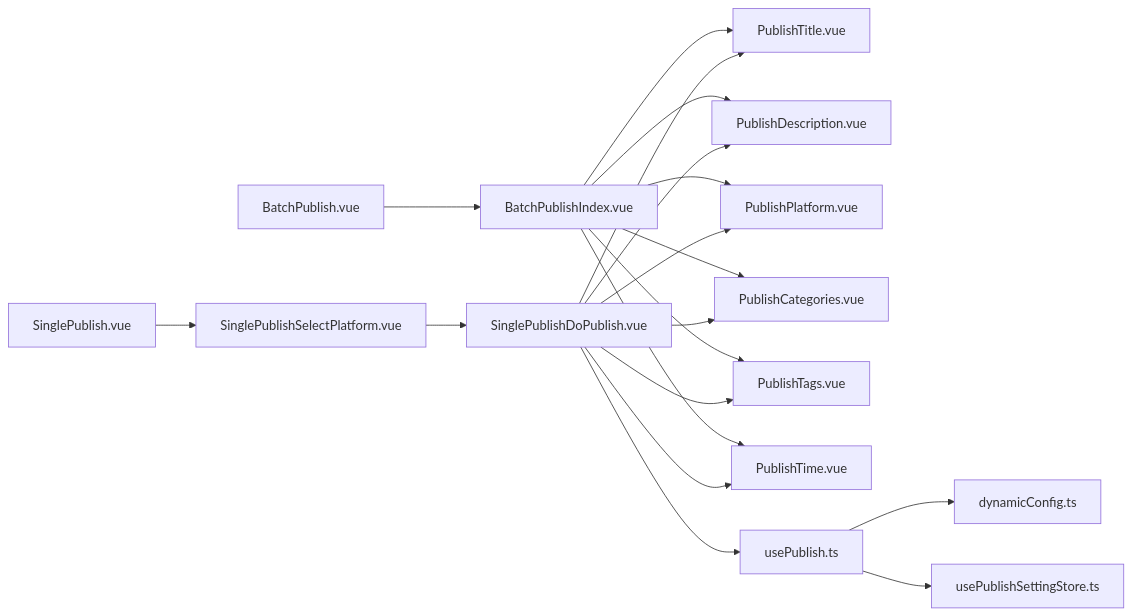
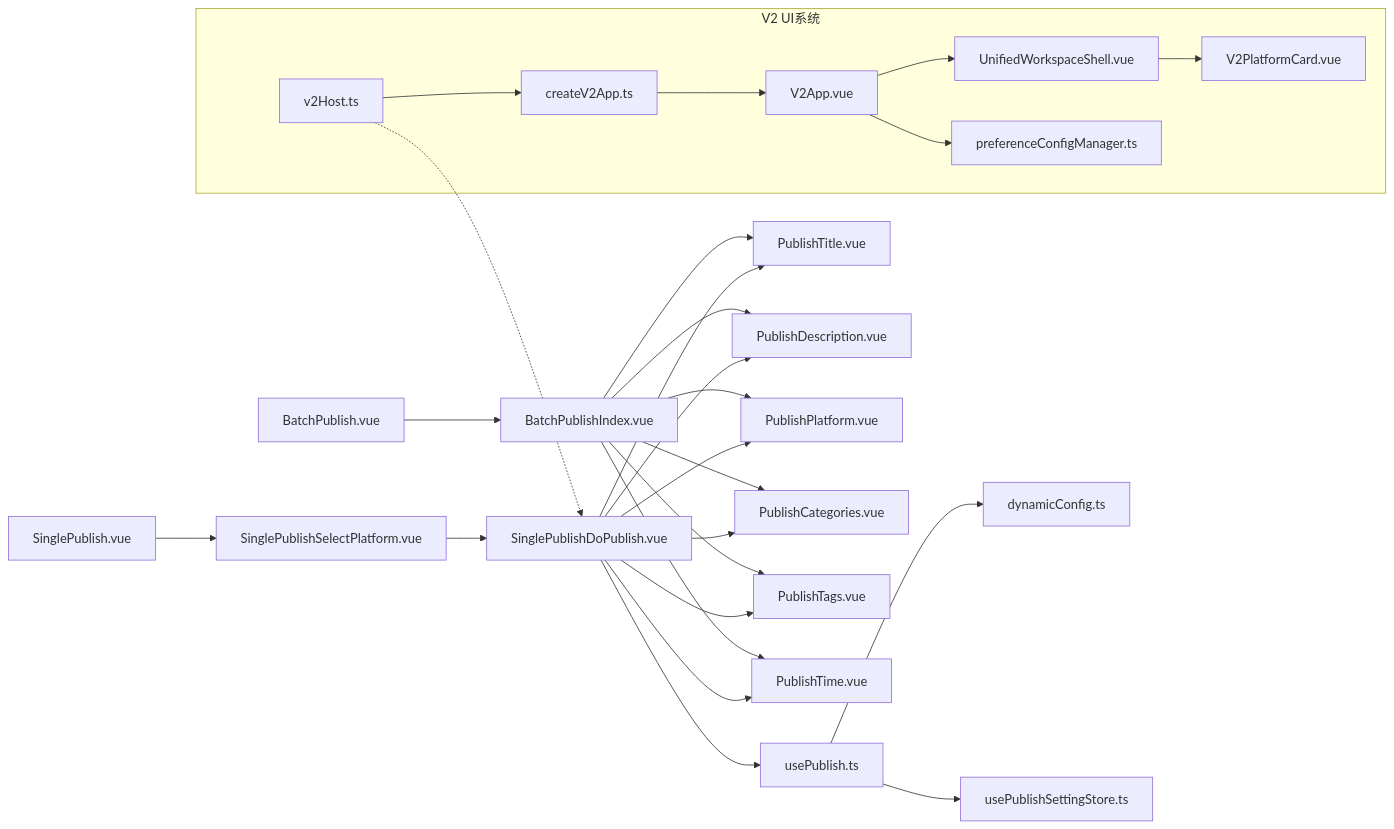
One commit to terwer/siyuan-plugin-publisher changed the fourth of 4 diagrams in .qoder/repowiki/zh/content/用户界面组件/发布组件/发布组件.md. Above: the diagram before and after it, drawn with Mermaid. The commit also changed other lines of this file and 18 other files, not shown here.

First line of the commit message:
docs(core-architecture): add detailed Composition API design patterns document

````diff
--- a/.qoder/repowiki/zh/content/用户界面组件/发布组件/发布组件.md
+++ b/.qoder/repowiki/zh/content/用户界面组件/发布组件/发布组件.md
@@ -310,21 +418,29 @@
 ```mermaid
 graph LR
 SP["SinglePublish.vue"] --> SPS["SinglePublishSelectPlatform.vue"]
 BP["BatchPublish.vue"] --> BPI["BatchPublishIndex.vue"]
 SPS --> SPD["SinglePublishDoPublish.vue"]
 SPD --> PT["PublishTitle.vue"]
 SPD --> PD["PublishDescription.vue"]
 SPD --> PP["PublishPlatform.vue"]
 SPD --> PC["PublishCategories.vue"]
 SPD --> PTA["PublishTags.vue"]
 SPD --> PTI["PublishTime.vue"]
 SPD --> UP["usePublish.ts"]
 BPI --> PP
 BPI --> PT
 BPI --> PD
 BPI --> PC
 BPI --> PTA
 BPI --> PTI
 UP --> DC["dynamicConfig.ts"]
 UP --> ST["usePublishSettingStore.ts"]
+subgraph "V2 UI系统"
+V2H["v2Host.ts"] --> CV2["createV2App.ts"]
+CV2 --> V2A["V2App.vue"]
+V2A --> UWS["UnifiedWorkspaceShell.vue"]
+UWS --> V2PC["V2PlatformCard.vue"]
+V2A --> VPREF["preferenceConfigManager.ts"]
+end
+V2H -.-> SPD
 ```
````
